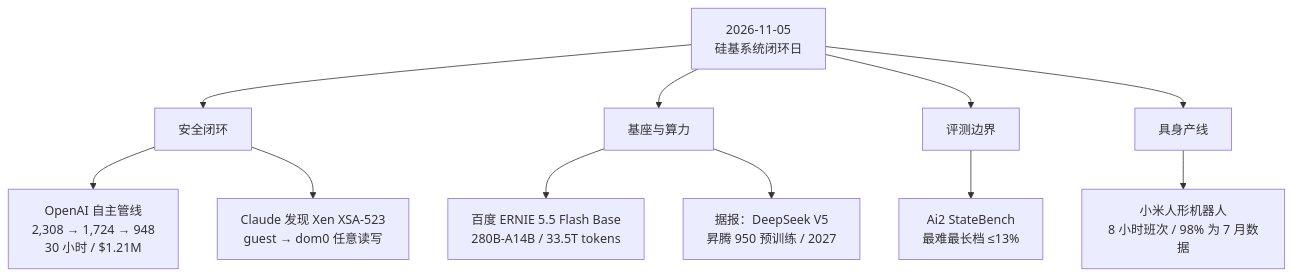
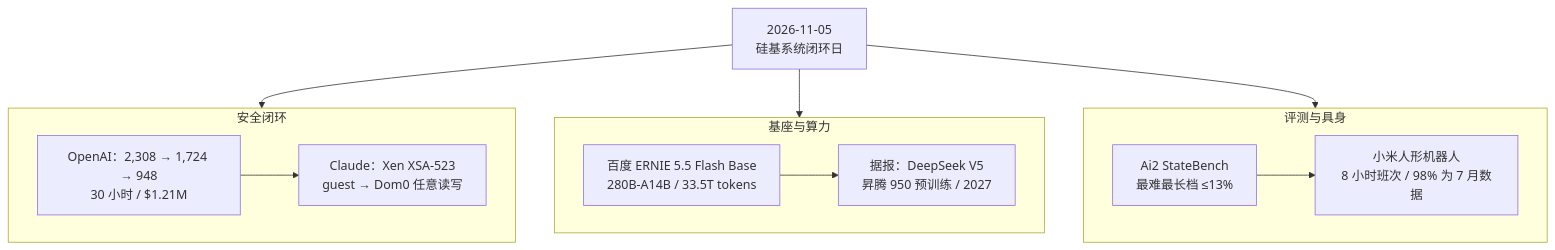
Before and after one commit to run-dream/run-dream.github.io: the diagram in _ai_tongjian/2026-11-05.md, drawn with Mermaid.

Commit message:
docs(ai-tongjian): refine 2026-11-05 diagram layout

````diff
--- a/_ai_tongjian/2026-11-05.md
+++ b/_ai_tongjian/2026-11-05.md
@@ -17,13 +17,22 @@
 ```mermaid
 flowchart TB
-    A["2026-11-05<br/>硅基系统闭环日"] --> B["安全闭环"]
-    A --> C["基座与算力"]
-    A --> D["评测边界"]
-    A --> E["具身产线"]
-    B --> B1["OpenAI 自主管线<br/>2,308 → 1,724 → 948<br/>30 小时 / $1.21M"]
-    B --> B2["Claude 发现 Xen XSA-523<br/>guest → dom0 任意读写"]
-    C --> C1["百度 ERNIE 5.5 Flash Base<br/>280B-A14B / 33.5T tokens"]
-    C --> C2["据报：DeepSeek V5<br/>昇腾 950 预训练 / 2027"]
-    D --> D1["Ai2 StateBench<br/>最难最长档 ≤13%"]
-    E --> E1["小米人形机器人<br/>8 小时班次 / 98% 为 7 月数据"]
+    A["2026-11-05<br/>硅基系统闭环日"]
+    subgraph S["安全闭环"]
+        S1["OpenAI：2,308 → 1,724 → 948<br/>30 小时 / $1.21M"]
+        S2["Claude：Xen XSA-523<br/>guest → Dom0 任意读写"]
+        S1 --> S2
+    end
+    subgraph M["基座与算力"]
+        M1["百度 ERNIE 5.5 Flash Base<br/>280B-A14B / 33.5T tokens"]
+        M2["据报：DeepSeek V5<br/>昇腾 950 预训练 / 2027"]
+        M1 --> M2
+    end
+    subgraph E["评测与具身"]
+        E1["Ai2 StateBench<br/>最难最长档 ≤13%"]
+        E2["小米人形机器人<br/>8 小时班次 / 98% 为 7 月数据"]
+        E1 --> E2
+    end
+    A --> S
+    A --> M
+    A --> E
 ```
````
